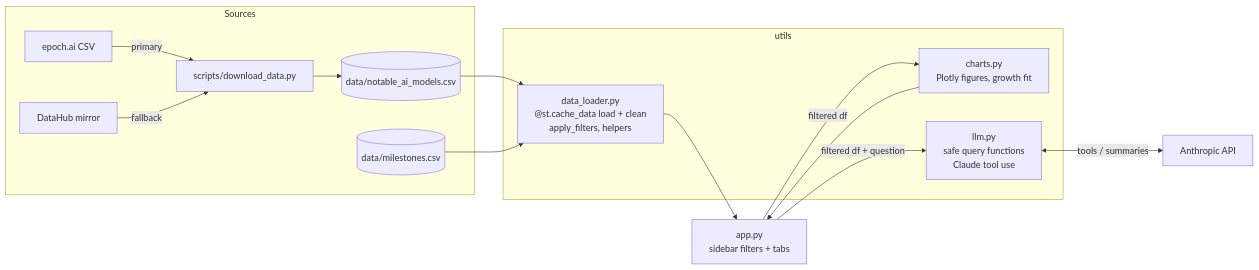
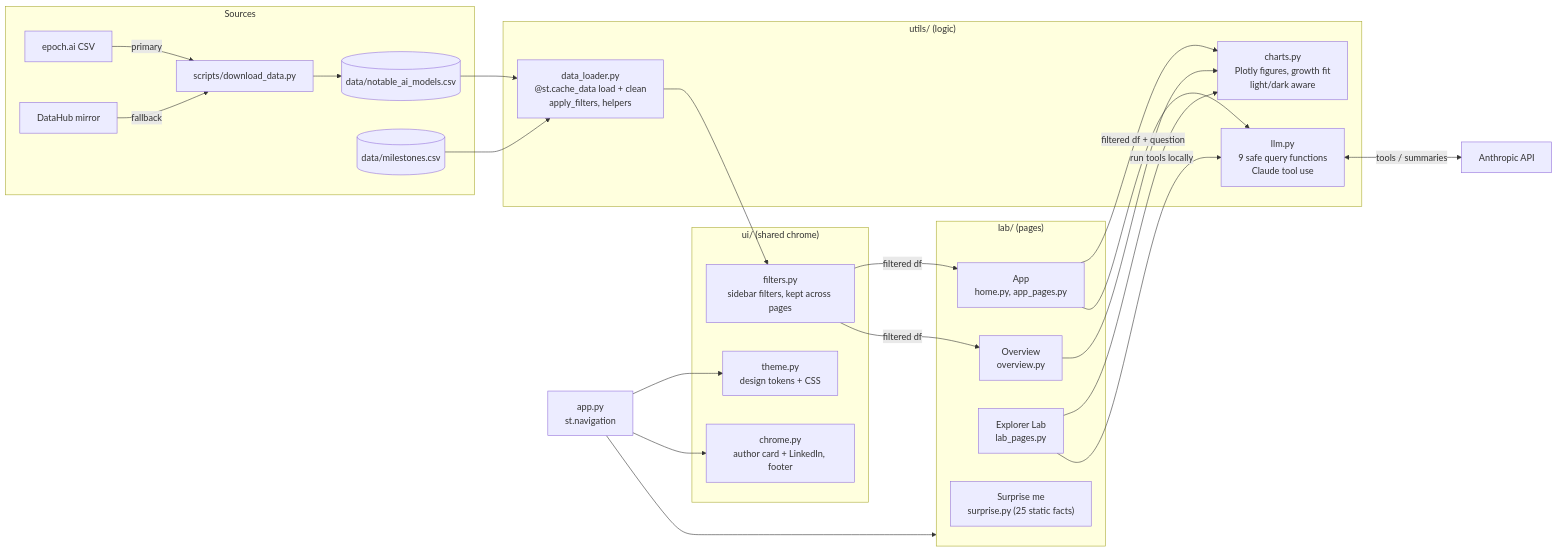
One commit to ashutoshkaushik/ai-model-explorer changed the diagram in README.md. Above: the diagram before and after it, drawn with Mermaid. The commit also changed other lines of this file and 6 other files, not shown here.

First line of the commit message:
Surprise me facts, Lab knowledge nuggets, updated architecture docs

````diff
--- a/README.md
+++ b/README.md
@@ -55,23 +56,43 @@
 ```mermaid
 flowchart LR
     subgraph Sources
         E[epoch.ai CSV] -->|primary| DL
         D[DataHub mirror] -->|fallback| DL
         DL[scripts/download_data.py] --> CSV[(data/notable_ai_models.csv)]
         MS[(data/milestones.csv)]
     end
 
-    subgraph utils
+    subgraph utils["utils/ (logic)"]
         LOAD["data_loader.py<br/>@st.cache_data load + clean<br/>apply_filters, helpers"]
-        CH["charts.py<br/>Plotly figures, growth fit"]
-        LLM["llm.py<br/>safe query functions<br/>Claude tool use"]
+        CH["charts.py<br/>Plotly figures, growth fit<br/>light/dark aware"]
+        LLM["llm.py<br/>9 safe query functions<br/>Claude tool use"]
+    end
+
+    subgraph ui["ui/ (shared chrome)"]
+        TH["theme.py<br/>design tokens + CSS"]
+        FL["filters.py<br/>sidebar filters, kept across pages"]
+        CR["chrome.py<br/>author card + LinkedIn, footer"]
+    end
+
+    subgraph pages["lab/ (pages)"]
+        P1["App<br/>home.py, app_pages.py"]
+        P2["Overview<br/>overview.py"]
+        P3["Explorer Lab<br/>lab_pages.py"]
+        P4["Surprise me<br/>surprise.py (25 static facts)"]
     end
 
     CSV --> LOAD
     MS --> LOAD
-    LOAD --> APP[app.py<br/>sidebar filters + tabs]
-    APP -->|filtered df| CH
-    APP -->|filtered df + question| LLM
+    APP["app.py<br/>st.navigation"] --> pages
+    APP --> TH
+    APP --> CR
+    LOAD --> FL
+    FL -->|filtered df| P1
+    FL -->|filtered df| P2
+    P1 --> CH
+    P2 --> CH
+    P3 --> CH
+    P3 -->|run tools locally| LLM
+    P1 -->|filtered df + question| LLM
     LLM <-->|tools / summaries| API[Anthropic API]
-    CH --> APP
 ```
````
